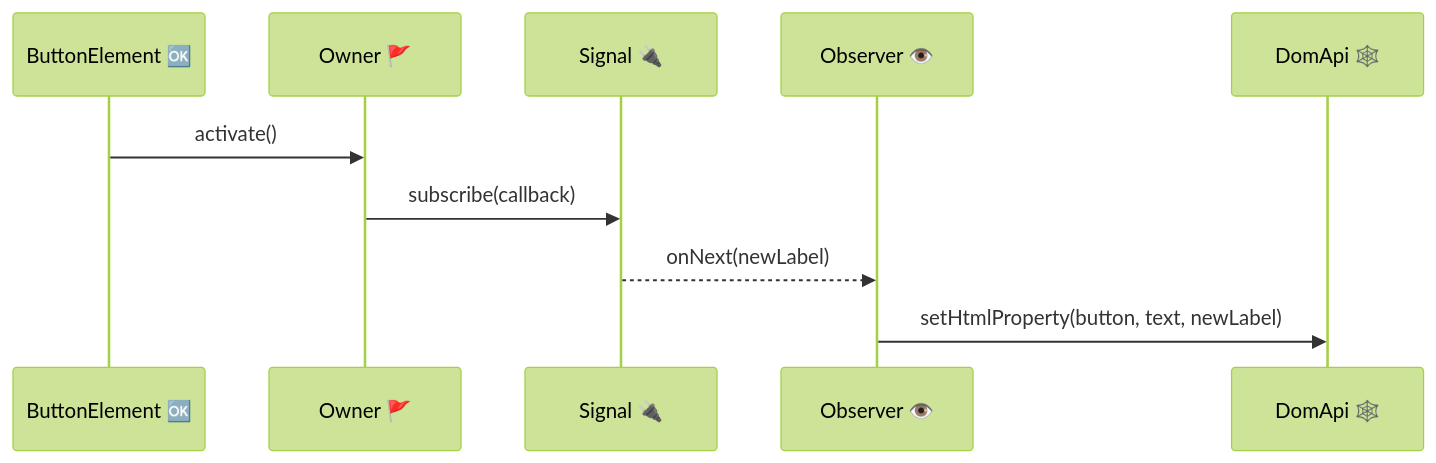
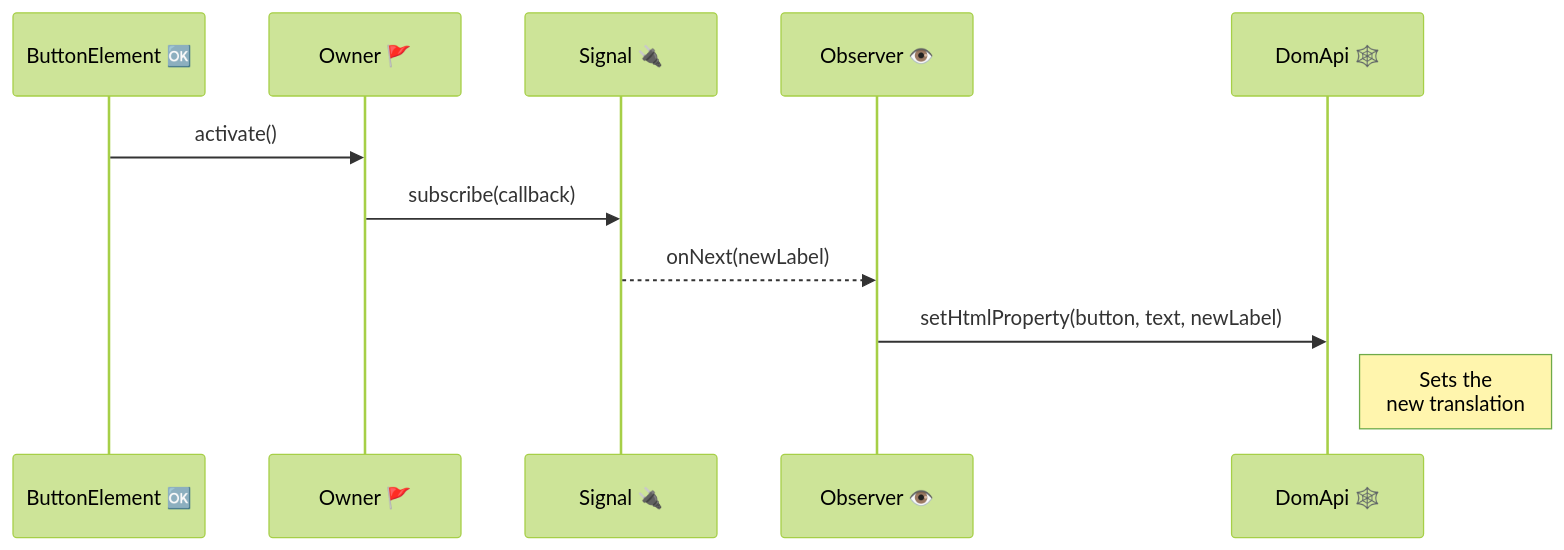
One commit to jchapuis/fullstackscala-scaladays2025 changed the third of 9 diagrams in slides.md. Above: the diagram before and after it, drawn with Mermaid. The commit also changed other lines of this file and 5 other files, not shown here.

````diff
--- a/slides.md
+++ b/slides.md
@@ -497,17 +562,17 @@
 ```mermaid
 %%{init: { "theme": "forest", "themeVariables": { "fontFamily": "monospace" } }}%%
 
 sequenceDiagram
     participant ButtonElement as ButtonElement 🆗     
     participant Owner       as Owner 🚩
     participant Signal      as Signal 🔌
     participant Subscription as Observer 👁️
     participant DomApi      as DomApi 🕸️
 
     %% Mount + subscribe
     ButtonElement->>Owner: activate()
     Owner->>Signal: subscribe(callback)
     Signal-->>Subscription: onNext(newLabel)
     Subscription->>DomApi: setHtmlProperty(button, text, newLabel)
-
+    Note right of DomApi: Sets the <br/>new translation
 ```
````
